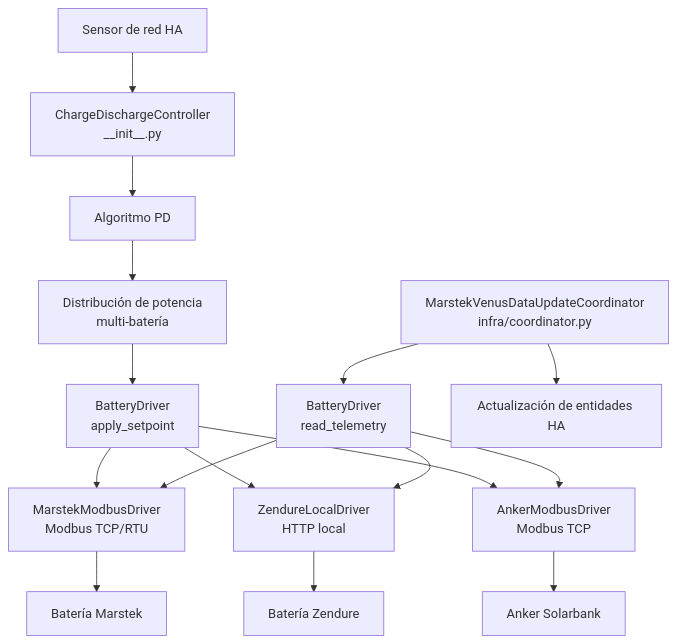
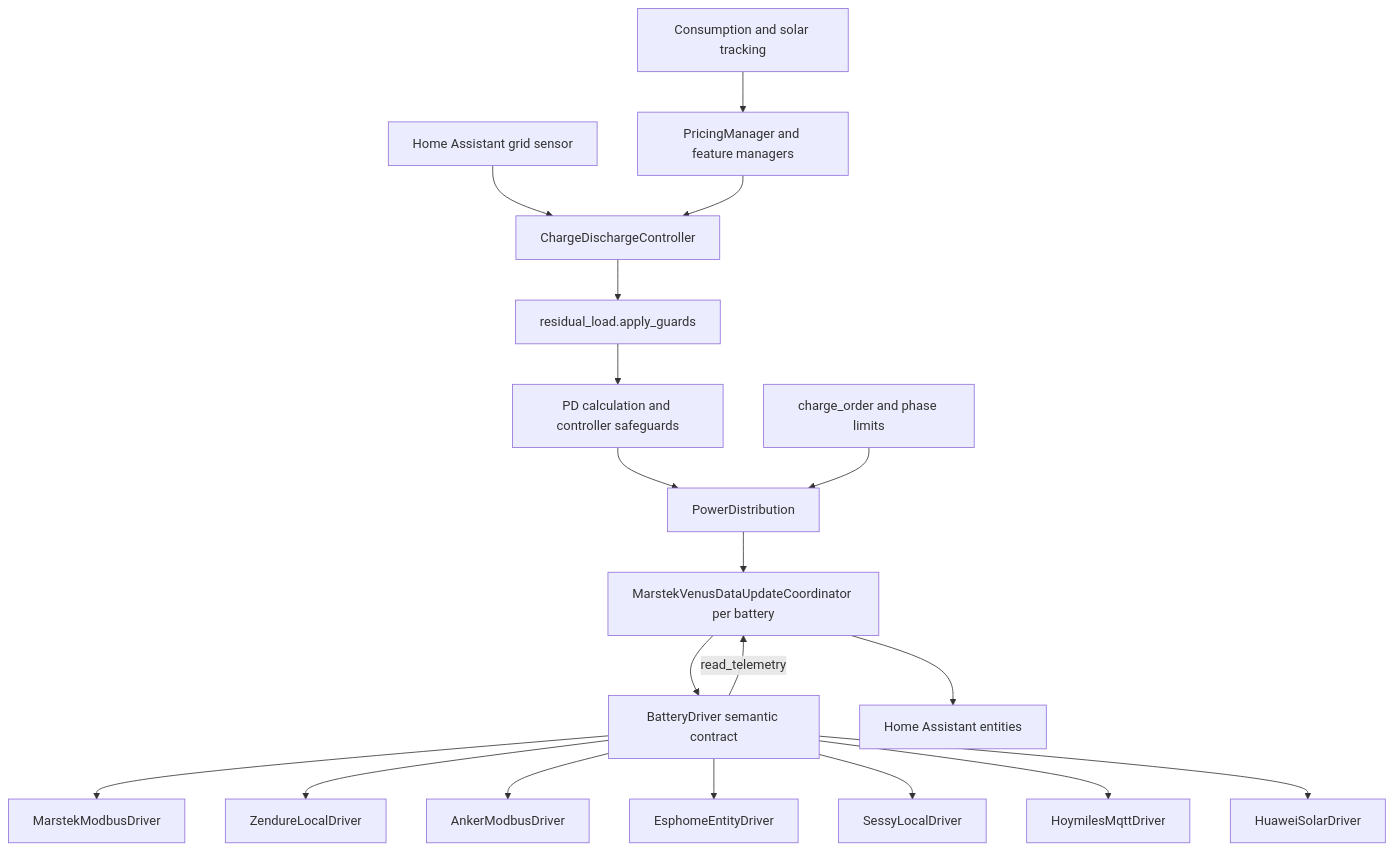
The diagram in site-docs/reference/architecture.es.md (ffunes/Omnibattery), drawn with Mermaid before and after one commit. The commit also changed other lines of this file and 4 other files, not shown here.

````diff
--- a/site-docs/reference/architecture.es.md
+++ b/site-docs/reference/architecture.es.md
@@ -5,20 +11,24 @@
 ```mermaid
 flowchart TD
-    GS[Sensor de red HA] --> CC[ChargeDischargeController\n__init__.py]
-    CC --> PD[Algoritmo PD]
-    PD --> DIST[Distribución de potencia\nmulti-batería]
-    DIST --> DRV[BatteryDriver\napply_setpoint]
+    GRID[Home Assistant grid sensor] --> CTRL[ChargeDischargeController]
+    PRICE[PricingManager and feature managers] --> CTRL
+    TRACK[Consumption and solar tracking] --> PRICE
 
-    COORD[MarstekVenusDataUpdateCoordinator\ninfra/coordinator.py] --> DRV2[BatteryDriver\nread_telemetry]
-    COORD --> EU[Actualización de entidades HA]
+    CTRL --> GUARDS[residual_load.apply_guards]
+    GUARDS --> PD[PD calculation and controller safeguards]
+    PD --> DIST[PowerDistribution]
+    ORDER[charge_order and phase limits] --> DIST
 
-    DRV --> M[MarstekModbusDriver\nModbus TCP/RTU]
-    DRV --> Z[ZendureLocalDriver\nHTTP local]
-    DRV --> A[AnkerModbusDriver\nModbus TCP]
-    DRV2 --> M
-    DRV2 --> Z
-    DRV2 --> A
-    M --> BAT1[Batería Marstek]
-    Z --> BAT2[Batería Zendure]
-    A --> BAT3[Anker Solarbank]
+    DIST --> COORD[MarstekVenusDataUpdateCoordinator per battery]
+    COORD --> DRIVER[BatteryDriver semantic contract]
+    DRIVER --> M[MarstekModbusDriver]
+    DRIVER --> Z[ZendureLocalDriver]
+    DRIVER --> A[AnkerModbusDriver]
+    DRIVER --> E[EsphomeEntityDriver]
+    DRIVER --> S[SessyLocalDriver]
+    DRIVER --> Y[HoymilesMqttDriver]
+    DRIVER --> H[HuaweiSolarDriver]
+
+    DRIVER -->|read_telemetry| COORD
+    COORD --> ENT[Home Assistant entities]
 ```
````
